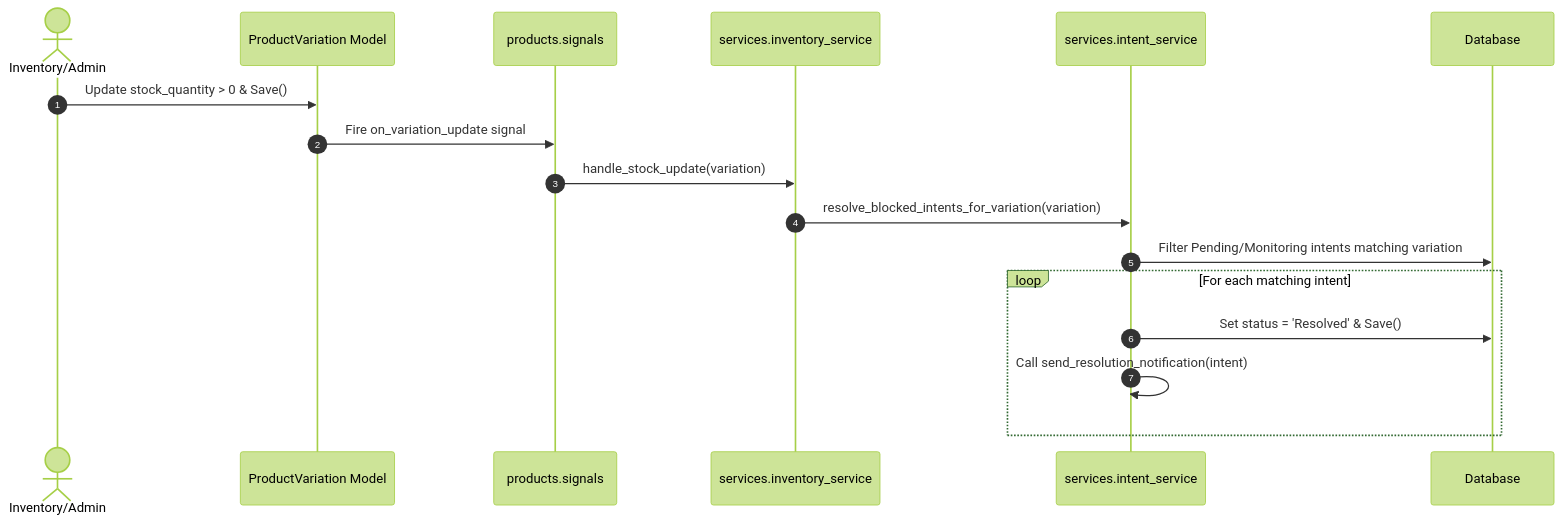
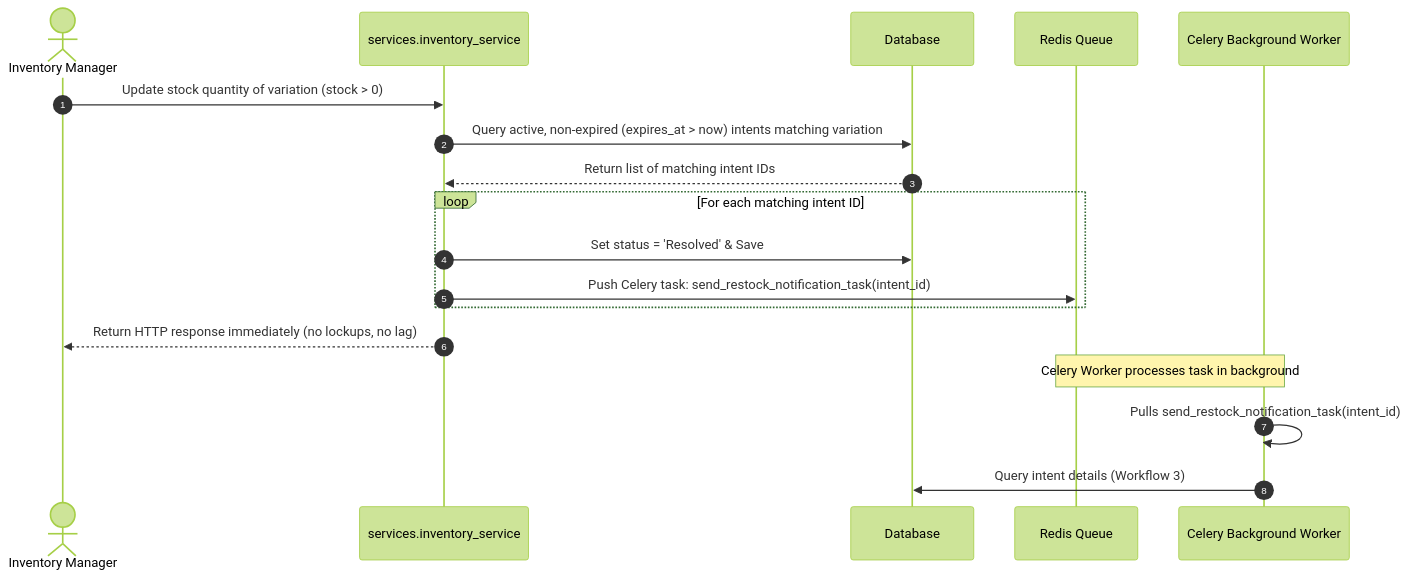
One commit to shureimibra/retail_system changed the second of 3 diagrams in docs/PROJECT_WORKFLOW_DOCUMENTATION.md. Above: the diagram before and after it, drawn with Mermaid (forest theme). The commit also changed other lines of this file and 15 other files, not shown here.

First line of the commit message:
Stop tracking venv, .env, database and bytecode; save pending work

````diff
--- a/docs/PROJECT_WORKFLOW_DOCUMENTATION.md
+++ b/docs/PROJECT_WORKFLOW_DOCUMENTATION.md
@@ -219,20 +235,22 @@
 ```mermaid
 sequenceDiagram
     autonumber
-    actor Admin as Inventory/Admin
-    participant Model as ProductVariation Model
-    participant Sig as products.signals
-    participant InvSvc as services.inventory_service
-    participant IntSvc as services.intent_service
+    actor Admin as Inventory Manager
+    participant Svc as services.inventory_service
     participant DB as Database
+    participant Queue as Redis Queue
+    participant Worker as Celery Background Worker
 
-    Admin->>Model: Update stock_quantity > 0 & Save()
-    Model->>Sig: Fire on_variation_update signal
-    Sig->>InvSvc: handle_stock_update(variation)
-    InvSvc->>IntSvc: resolve_blocked_intents_for_variation(variation)
-    IntSvc->>DB: Filter Pending/Monitoring intents matching variation
-    loop For each matching intent
-        IntSvc->>DB: Set status = 'Resolved' & Save()
-        IntSvc->>IntSvc: Call send_resolution_notification(intent)
+    Admin->>Svc: Update stock quantity of variation (stock > 0)
+    Svc->>DB: Query active, non-expired (expires_at > now) intents matching variation
+    DB-->>Svc: Return list of matching intent IDs
+    loop For each matching intent ID
+        Svc->>DB: Set status = 'Resolved' & Save
+        Svc->>Queue: Push Celery task: send_restock_notification_task(intent_id)
     end
+    Svc-->>Admin: Return HTTP response immediately (no lockups, no lag)
+    
+    Note over Queue, Worker: Celery Worker processes task in background
+    Worker->>Worker: Pulls send_restock_notification_task(intent_id)
+    Worker->>DB: Query intent details (Workflow 3)
 ```
````
